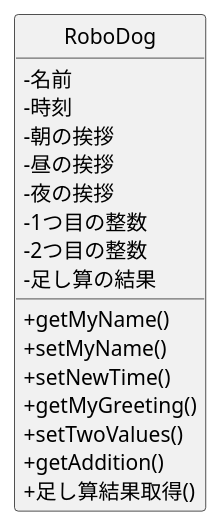
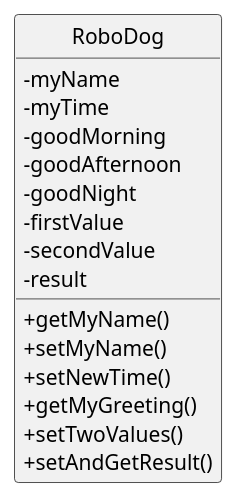
Before and after one commit to takata88/ohara_uml: the diagram in 06_robo_dog/06_robo_dog/class.pu, drawn with PlantUML. The commit also changed 14 other files, not shown here.

```diff
--- a/06_robo_dog/06_robo_dog/class.pu
+++ b/06_robo_dog/06_robo_dog/class.pu
@@ -1,24 +1,23 @@
 @startuml Robodogクラス図
 skinparam classAttributeIconSize 0
 hide circle
 
 class RoboDog {
- -名前
- -時刻
- -朝の挨拶
- -昼の挨拶
- -夜の挨拶
- -1つ目の整数
- -2つ目の整数
- -足し算の結果
+ -myName
+ -myTime
+ -goodMorning
+ -goodAfternoon 
+ -goodNight
+ -firstValue
+ -secondValue
+ -result
 
  +getMyName()
  +setMyName()
  +setNewTime()
  +getMyGreeting()
  +setTwoValues()
- +getAddition()
- +足し算結果取得()
+ +setAndGetResult()
 }
 
 @enduml
```
